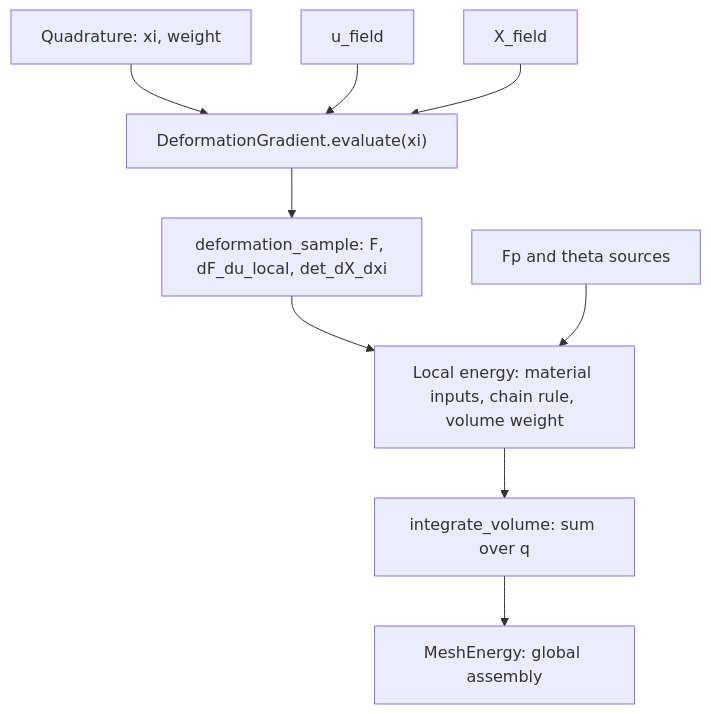
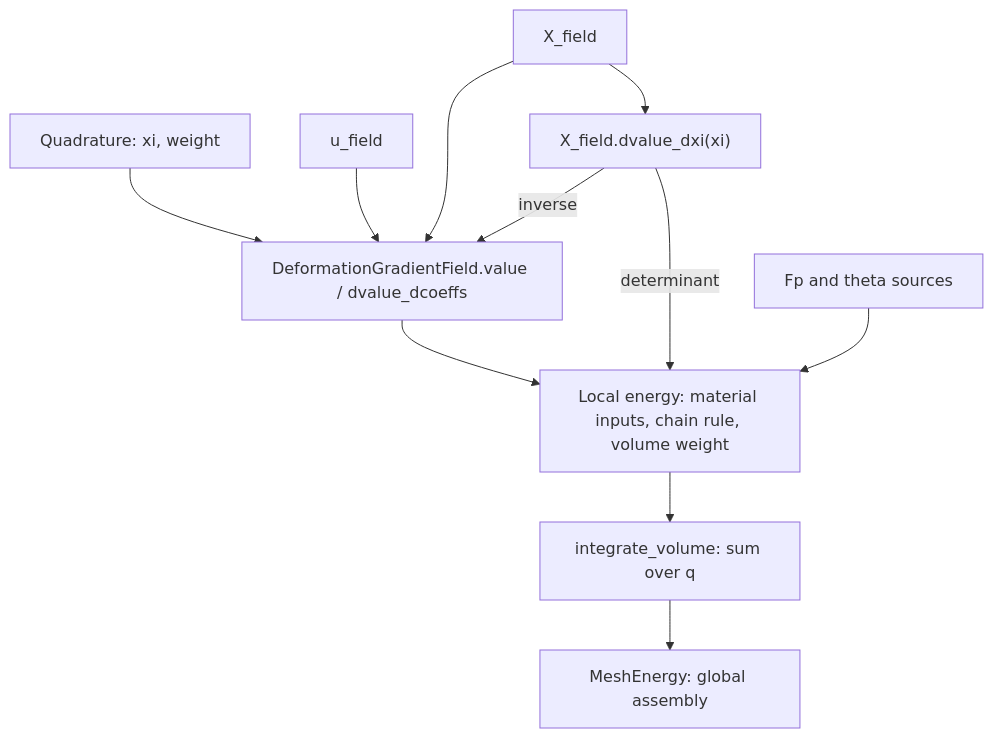
The diagram in example/fem/README.md (annajcy/litepgo), drawn with Mermaid before and after one commit. The commit also changed other lines of this file and 24 other files, not shown here.

````diff
--- a/example/fem/README.md
+++ b/example/fem/README.md
@@ -5,11 +5,13 @@
 ```mermaid
 flowchart TD
-    Q["Quadrature: xi, weight"] --> D["DeformationGradient.evaluate(xi)"]
+    Q["Quadrature: xi, weight"] --> D["DeformationGradientField.value / dvalue_dcoeffs"]
     U["u_field"] --> D
     X["X_field"] --> D
-    D --> S["deformation_sample: F, dF_du_local, det_dX_dxi"]
-    S --> L["Local energy: material inputs, chain rule, volume weight"]
+    D --> L["Local energy: material inputs, chain rule, volume weight"]
+    X --> M["X_field.dvalue_dxi(xi)"]
+    M -->|inverse| D
+    M -->|determinant| L
     P["Fp and theta sources"] --> L
     L --> I["integrate_volume: sum over q"]
     I --> A["MeshEnergy: global assembly"]
 ```
````
